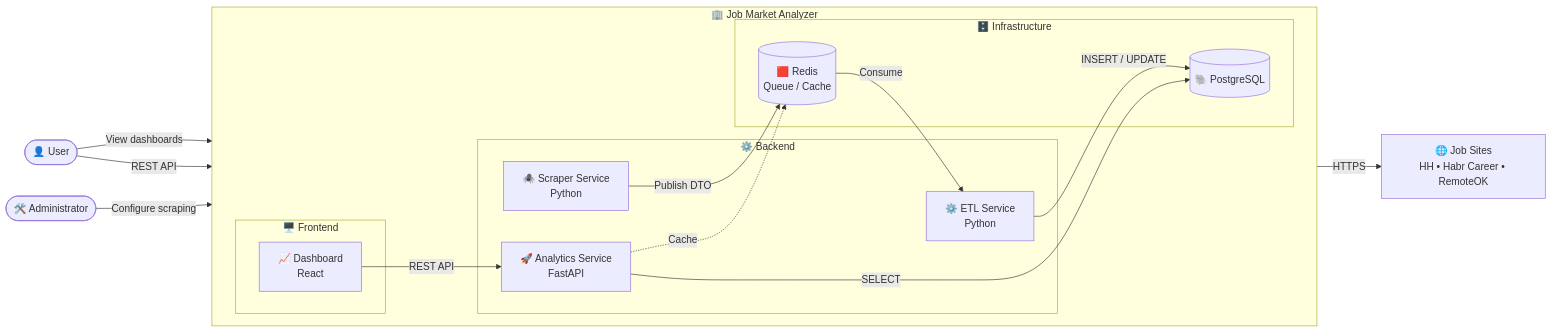
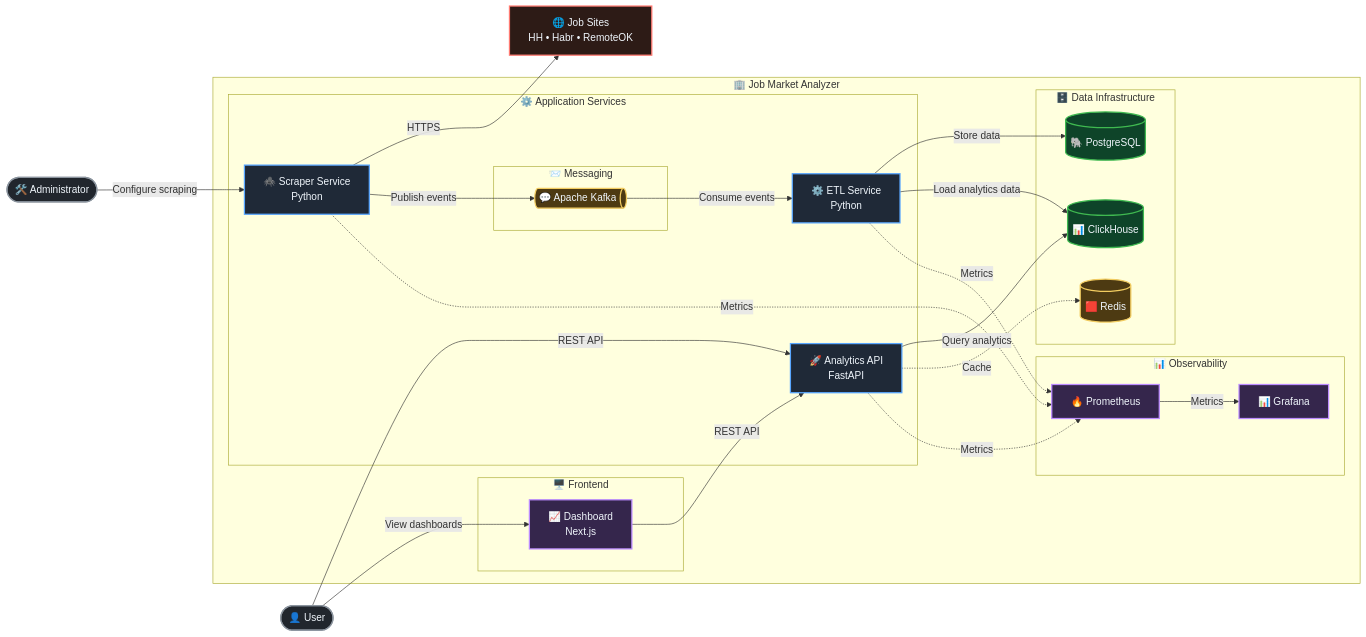
One commit to ma1sky/job_market_analyzer changed the diagram in docs/diagrams/c2-containers.mmd. Above: the diagram before and after it, drawn with Mermaid. The commit also changed 9 other files, not shown here.

```diff
--- a/docs/diagrams/c2-containers.mmd
+++ b/docs/diagrams/c2-containers.mmd
@@ -1,86 +1,75 @@
 flowchart LR
-
-%% ============================================================
-%% External Actors
-%% ============================================================
 
 user(["👤 User"])
 admin(["🛠️ Administrator"])
 
-sites["🌐 Job Sites<br/>HH • Habr Career • RemoteOK"]
-
-%% ============================================================
-%% Job Market Analyzer
-%% ============================================================
-
 subgraph system["🏢 Job Market Analyzer"]
 
-    direction LR
-
-    %% ---------- Frontend ----------
     subgraph frontend["🖥️ Frontend"]
-        dashboard["📈 Dashboard<br/>React"]
+        dashboard["📈 Dashboard<br/>Next.js"]
     end
 
-    %% ---------- Backend ----------
-    subgraph backend["⚙️ Backend"]
-
-        analytics["🚀 Analytics Service<br/>FastAPI"]
-
+    subgraph services["⚙️ Application Services"]
+        subgraph messaging["📨 Messaging"]
+            kafka@{ shape: das, label: "💬 Apache Kafka" }
+        end
+        analytics["🚀 Analytics API<br/>FastAPI"]
         scraper["🕷️ Scraper Service<br/>Python"]
-
         etl["⚙️ ETL Service<br/>Python"]
-
     end
 
-    %% ---------- Infrastructure ----------
-    subgraph infrastructure["🗄️ Infrastructure"]
+    subgraph data["🗄️ Data Infrastructure"]
+        redis[("🟥 Redis")]
+        postgres[("🐘 PostgreSQL")]
+        clickhouse[("📊 ClickHouse")]
+    end
 
-        redis[("🟥 Redis<br/>Queue / Cache")]
-
-        postgres[("🐘 PostgreSQL")]
-
+    subgraph observability["📊 Observability"]
+        prometheus["🔥 Prometheus"]
+        grafana["📊 Grafana"]
     end
 
 end
 
-%% ============================================================
-%% User interactions
-%% ============================================================
+sites["🌐 Job Sites<br/>HH • Habr • RemoteOK"]
 
 user -->|"View dashboards"| dashboard
 user -->|"REST API"| analytics
 
 admin -->|"Configure scraping"| scraper
 
-%% ============================================================
-%% Internal communication
-%% ============================================================
-
 dashboard -->|"REST API"| analytics
 
 scraper -->|"HTTPS"| sites
-scraper -->|"Publish DTO"| redis
+scraper -->|"Publish events"| kafka
+kafka -->|"Consume events"| etl
 
-redis -->|"Consume"| etl
+etl -->|"Store data"| postgres
+etl -->|"Load analytics data"| clickhouse
 
-etl -->|"INSERT / UPDATE"| postgres
-
-analytics -->|"SELECT"| postgres
+analytics -->|"Query analytics"| clickhouse
 analytics -.->|"Cache"| redis
 
-%% ============================================================
-%% Styles
-%% ============================================================
+scraper -.->|"Metrics"| prometheus
+etl -.->|"Metrics"| prometheus
+analytics -.->|"Metrics"| prometheus
+
+prometheus -->|"Metrics"| grafana
+
+classDef actor fill:#21262D,stroke:#8B949E,stroke-width:2px,color:#F0F6FC;
+classDef service fill:#1F2937,stroke:#58A6FF,stroke-width:2px,color:#F0F6FC;
+classDef database fill:#0E4429,stroke:#3FB950,stroke-width:2px,color:#F0F6FC;
+classDef cache fill:#4D3A12,stroke:#F2CC60,stroke-width:2px,color:#F0F6FC;
+classDef dashboard fill:#35264C,stroke:#BC8CFF,stroke-width:2px,color:#F0F6FC;
+classDef external fill:#2D1B16,stroke:#FF7B72,stroke-width:2px,color:#F0F6FC;
+classDef observability fill:#35264C,stroke:#BC8CFF,stroke-width:2px,color:#F0F6FC;
+classDef brokerFill fill:#4D3A12,stroke:#F2CC60,stroke-width:2px,color:#F0F6FC;
 
 class user,admin actor
-
+class scraper,etl,analytics service
 class dashboard dashboard
-
-class scraper,etl,analytics service
-
-class postgres database
-
+class postgres,clickhouse database
 class redis cache
-
+class kafka brokerFill
 class sites external
+class prometheus,grafana observability
```
